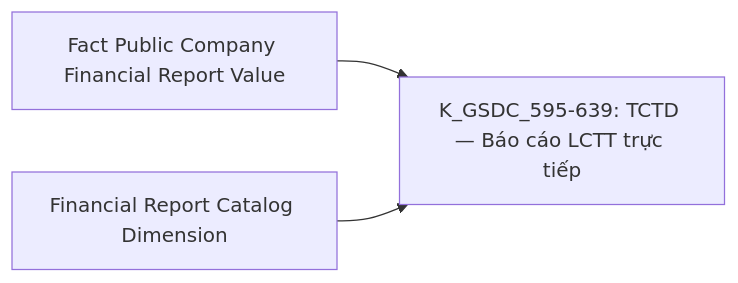
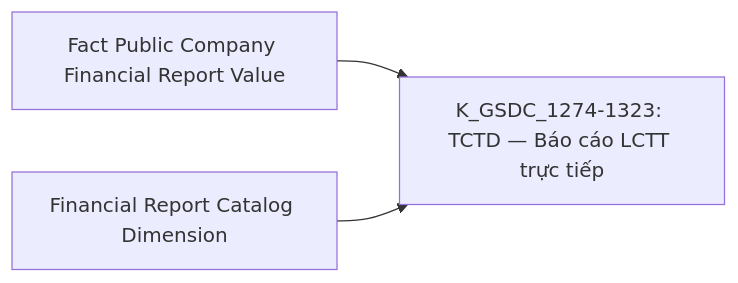
One commit to linhlvit/ubck_atomic_design changed diagram 45 of 55 in Datamart/hld/DTM_GSDC_HLD.md. Above: the diagram before and after it, drawn with Mermaid. The commit also changed other lines of this file and 2 other files, not shown here.

Commit message:
update GSDC

````diff
--- a/Datamart/hld/DTM_GSDC_HLD.md
+++ b/Datamart/hld/DTM_GSDC_HLD.md
@@ -2482,5 +2503,5 @@
 ```mermaid
 flowchart LR
-    fct_pc_fr_val_g29["Fact Public Company Financial Report Value"] --> R29["K_GSDC_595-639: TCTD — Báo cáo LCTT trực tiếp"]
+    fct_pc_fr_val_g29["Fact Public Company Financial Report Value"] --> R29["K_GSDC_1274-1323: TCTD — Báo cáo LCTT trực tiếp"]
     financial_rpt_catalog_dim_g29["Financial Report Catalog Dimension"] --> R29
 ```
````
